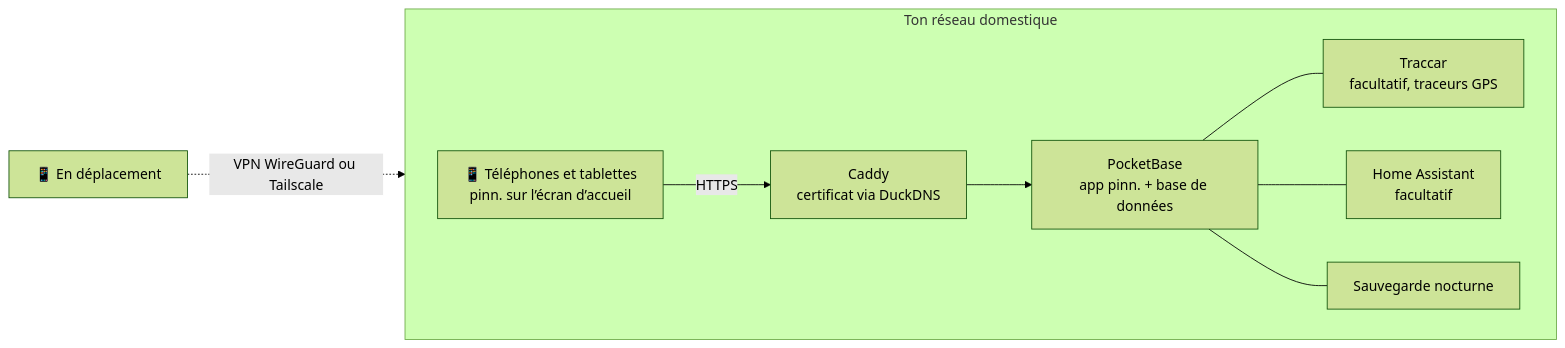
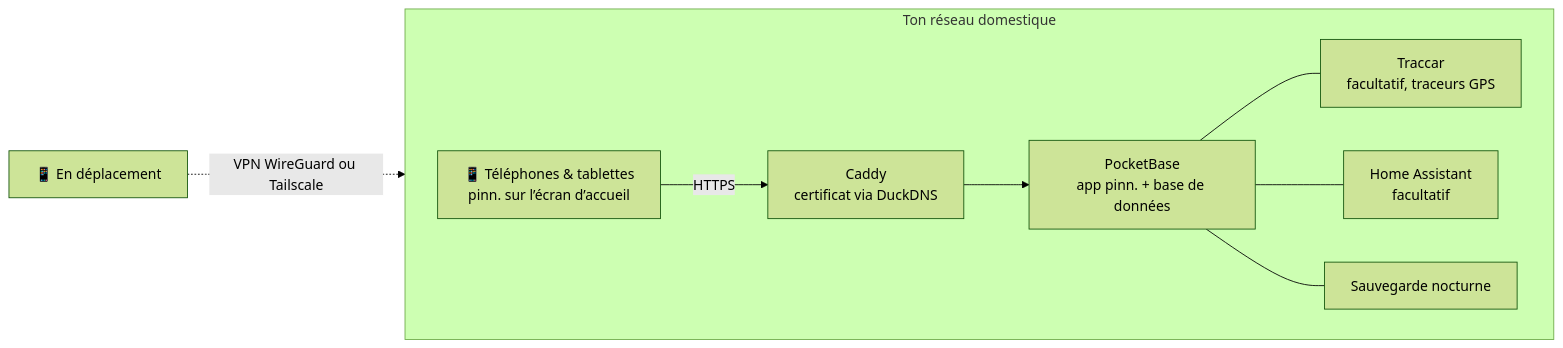
Before and after one commit to pinn-shost/pinn: the diagram in README.fr.md, drawn with Mermaid (forest theme). The commit also changed other lines of this file and 6 other files, not shown here.

````diff
--- a/README.fr.md
+++ b/README.fr.md
@@ -113,12 +109,12 @@
 ```mermaid
 flowchart LR
   subgraph Home["Ton réseau domestique"]
     direction LR
-    P["📱 Téléphones et tablettes<br/>pinn. sur l’écran d’accueil"] -->|HTTPS| C["Caddy<br/>certificat via DuckDNS"]
+    P["📱 Téléphones & tablettes<br/>pinn. sur l’écran d’accueil"] -->|HTTPS| C["Caddy<br/>certificat via DuckDNS"]
     C --> PB["PocketBase<br/>app pinn. + base de données"]
     PB --- T["Traccar<br/>facultatif, traceurs GPS"]
     PB --- HA["Home Assistant<br/>facultatif"]
     PB --- B["Sauvegarde nocturne"]
   end
   R["📱 En déplacement"] -.->|"VPN WireGuard ou Tailscale"| C
 ```
````
